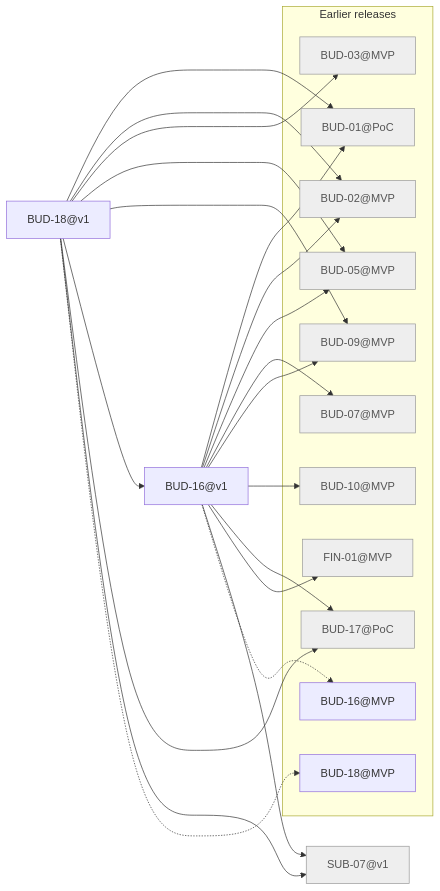
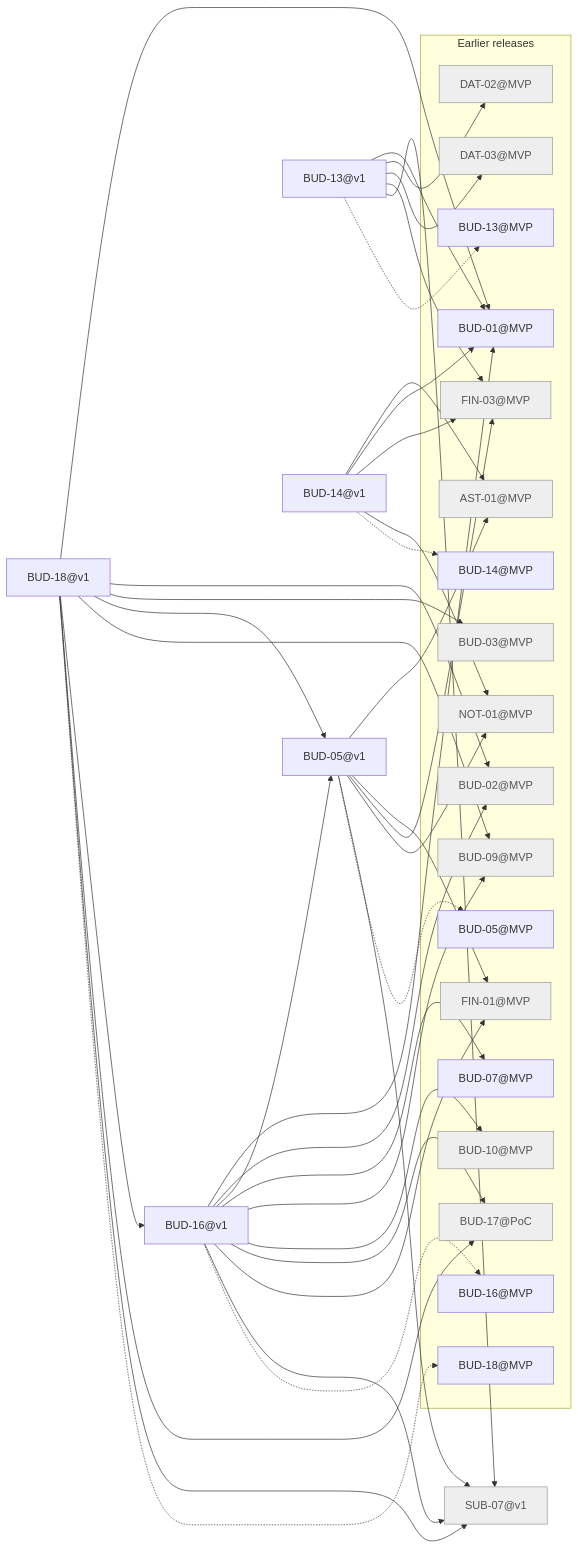
One commit to minakovval/Willowsum changed the diagram in docs/traceability/release-v1.md. Above: the diagram before and after it, drawn with Mermaid. The commit also changed other lines of this file and 37 other files, not shown here.

````diff
--- a/docs/traceability/release-v1.md
+++ b/docs/traceability/release-v1.md
@@ -18,40 +21,67 @@
 ```mermaid
 flowchart LR
+  BUD_05_v1["BUD-05@v1"]
+  BUD_13_v1["BUD-13@v1"]
+  BUD_14_v1["BUD-14@v1"]
   BUD_16_v1["BUD-16@v1"]
   BUD_18_v1["BUD-18@v1"]
   SUB_07_v1["SUB-07@v1"]
   subgraph earlier["Earlier releases"]
-    BUD_01_PoC["BUD-01@PoC"]
+    AST_01_MVP["AST-01@MVP"]
+    BUD_01_MVP["BUD-01@MVP"]
     BUD_02_MVP["BUD-02@MVP"]
     BUD_03_MVP["BUD-03@MVP"]
     BUD_05_MVP["BUD-05@MVP"]
     BUD_07_MVP["BUD-07@MVP"]
     BUD_09_MVP["BUD-09@MVP"]
     BUD_10_MVP["BUD-10@MVP"]
+    BUD_13_MVP["BUD-13@MVP"]
+    BUD_14_MVP["BUD-14@MVP"]
     BUD_16_MVP["BUD-16@MVP"]
     BUD_17_PoC["BUD-17@PoC"]
     BUD_18_MVP["BUD-18@MVP"]
+    DAT_02_MVP["DAT-02@MVP"]
+    DAT_03_MVP["DAT-03@MVP"]
     FIN_01_MVP["FIN-01@MVP"]
+    FIN_03_MVP["FIN-03@MVP"]
+    NOT_01_MVP["NOT-01@MVP"]
   end
-  BUD_16_v1 --> BUD_01_PoC
+  BUD_05_v1 --> AST_01_MVP
+  BUD_05_v1 --> FIN_01_MVP
+  BUD_05_v1 --> FIN_03_MVP
+  BUD_05_v1 --> NOT_01_MVP
+  BUD_05_v1 --> SUB_07_v1
+  BUD_05_v1 -.-> BUD_05_MVP
+  BUD_13_v1 --> BUD_01_MVP
+  BUD_13_v1 --> DAT_02_MVP
+  BUD_13_v1 --> DAT_03_MVP
+  BUD_13_v1 --> FIN_03_MVP
+  BUD_13_v1 --> SUB_07_v1
+  BUD_13_v1 -.-> BUD_13_MVP
+  BUD_14_v1 --> AST_01_MVP
+  BUD_14_v1 --> BUD_01_MVP
+  BUD_14_v1 --> FIN_03_MVP
+  BUD_14_v1 --> NOT_01_MVP
+  BUD_14_v1 -.-> BUD_14_MVP
+  BUD_16_v1 --> BUD_01_MVP
   BUD_16_v1 --> BUD_02_MVP
-  BUD_16_v1 --> BUD_05_MVP
+  BUD_16_v1 --> BUD_05_v1
   BUD_16_v1 --> BUD_07_MVP
   BUD_16_v1 --> BUD_09_MVP
   BUD_16_v1 --> BUD_10_MVP
   BUD_16_v1 --> BUD_17_PoC
   BUD_16_v1 --> FIN_01_MVP
   BUD_16_v1 --> SUB_07_v1
   BUD_16_v1 -.-> BUD_16_MVP
-  BUD_18_v1 --> BUD_01_PoC
+  BUD_18_v1 --> BUD_01_MVP
   BUD_18_v1 --> BUD_02_MVP
   BUD_18_v1 --> BUD_03_MVP
-  BUD_18_v1 --> BUD_05_MVP
+  BUD_18_v1 --> BUD_05_v1
   BUD_18_v1 --> BUD_09_MVP
   BUD_18_v1 --> BUD_16_v1
   BUD_18_v1 --> BUD_17_PoC
   BUD_18_v1 --> SUB_07_v1
   BUD_18_v1 -.-> BUD_18_MVP
   classDef notMigrated fill:#eee,stroke:#999,color:#555
-  class BUD_01_PoC,BUD_02_MVP,BUD_03_MVP,BUD_05_MVP,BUD_07_MVP,BUD_09_MVP,BUD_10_MVP,BUD_17_PoC,FIN_01_MVP,SUB_07_v1 notMigrated
+  class AST_01_MVP,BUD_02_MVP,BUD_03_MVP,BUD_09_MVP,BUD_10_MVP,BUD_17_PoC,DAT_02_MVP,DAT_03_MVP,FIN_01_MVP,FIN_03_MVP,NOT_01_MVP,SUB_07_v1 notMigrated
 ```
````
